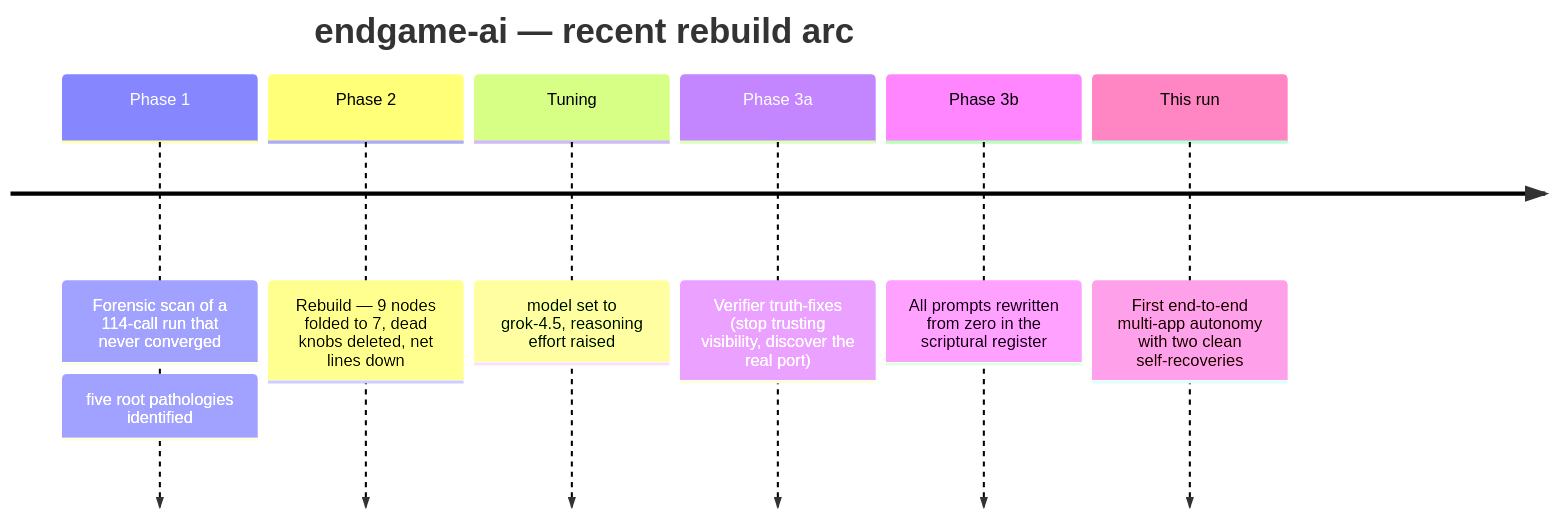
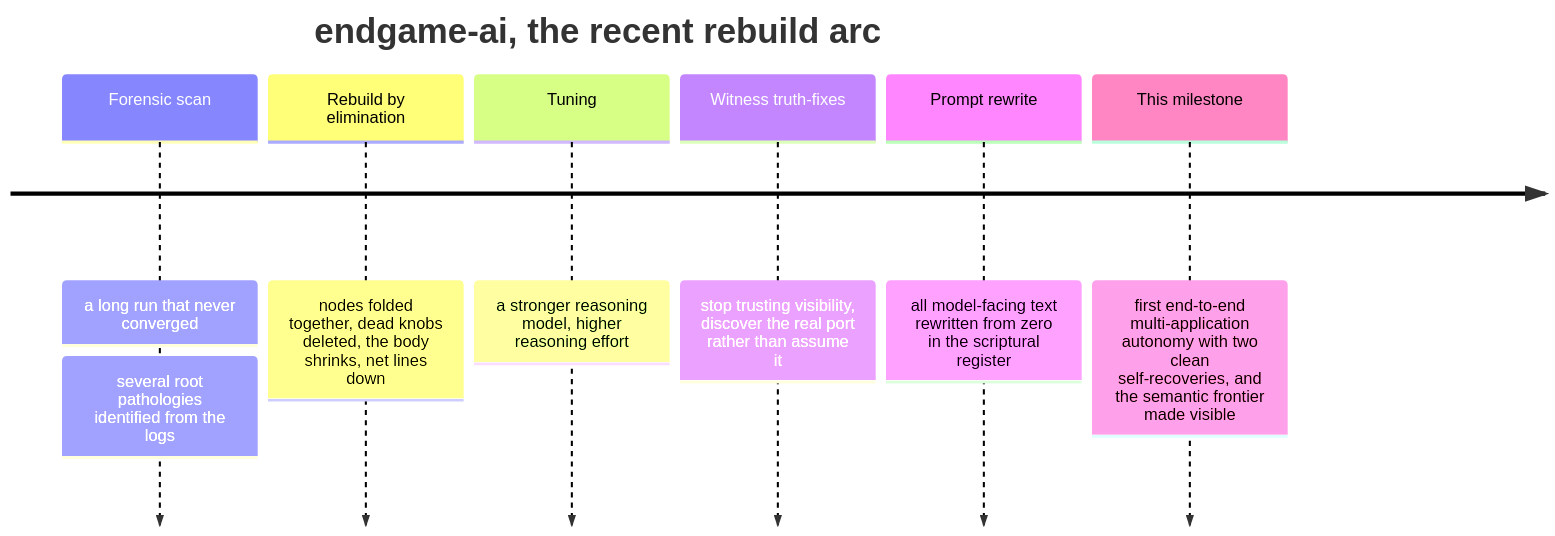
Before and after one commit to wgabrys88/endgame-ai: the fifth of 5 diagrams in README.md, drawn with Mermaid. The commit also changed other lines of this file, not shown here.

````diff
--- a/README.md
+++ b/README.md
@@ -318,10 +410,10 @@
 ```mermaid
 timeline
-    title endgame-ai — recent rebuild arc
-    Phase 1 : Forensic scan of a 114-call run that never converged : five root pathologies identified
-    Phase 2 : Rebuild — 9 nodes folded to 7, dead knobs deleted, net lines down
-    Tuning  : model set to grok-4.5, reasoning effort raised
-    Phase 3a: Verifier truth-fixes (stop trusting visibility, discover the real port)
-    Phase 3b: All prompts rewritten from zero in the scriptural register
-    This run: First end-to-end multi-app autonomy with two clean self-recoveries
+    title endgame-ai, the recent rebuild arc
+    Forensic scan : a long run that never converged : several root pathologies identified from the logs
+    Rebuild by elimination : nodes folded together, dead knobs deleted, the body shrinks, net lines down
+    Tuning : a stronger reasoning model, higher reasoning effort
+    Witness truth-fixes : stop trusting visibility, discover the real port rather than assume it
+    Prompt rewrite : all model-facing text rewritten from zero in the scriptural register
+    This milestone : first end-to-end multi-application autonomy with two clean self-recoveries, and the semantic frontier made visible
 ```
````
